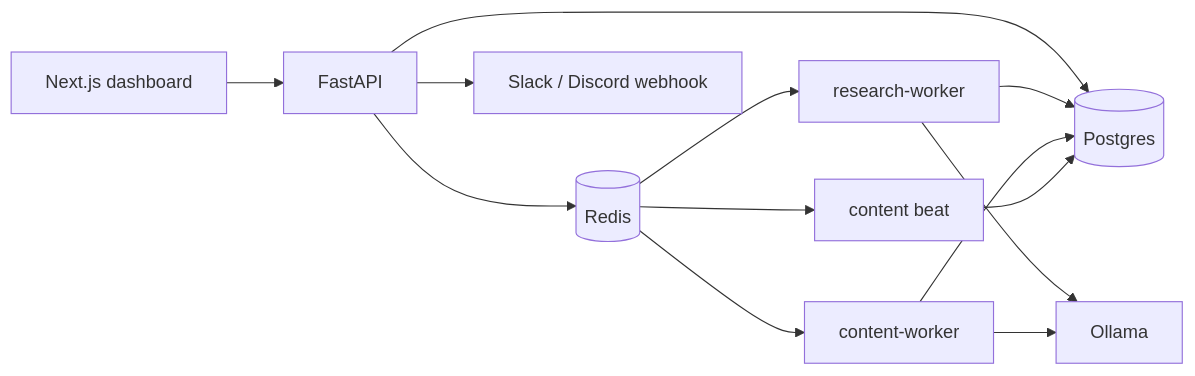
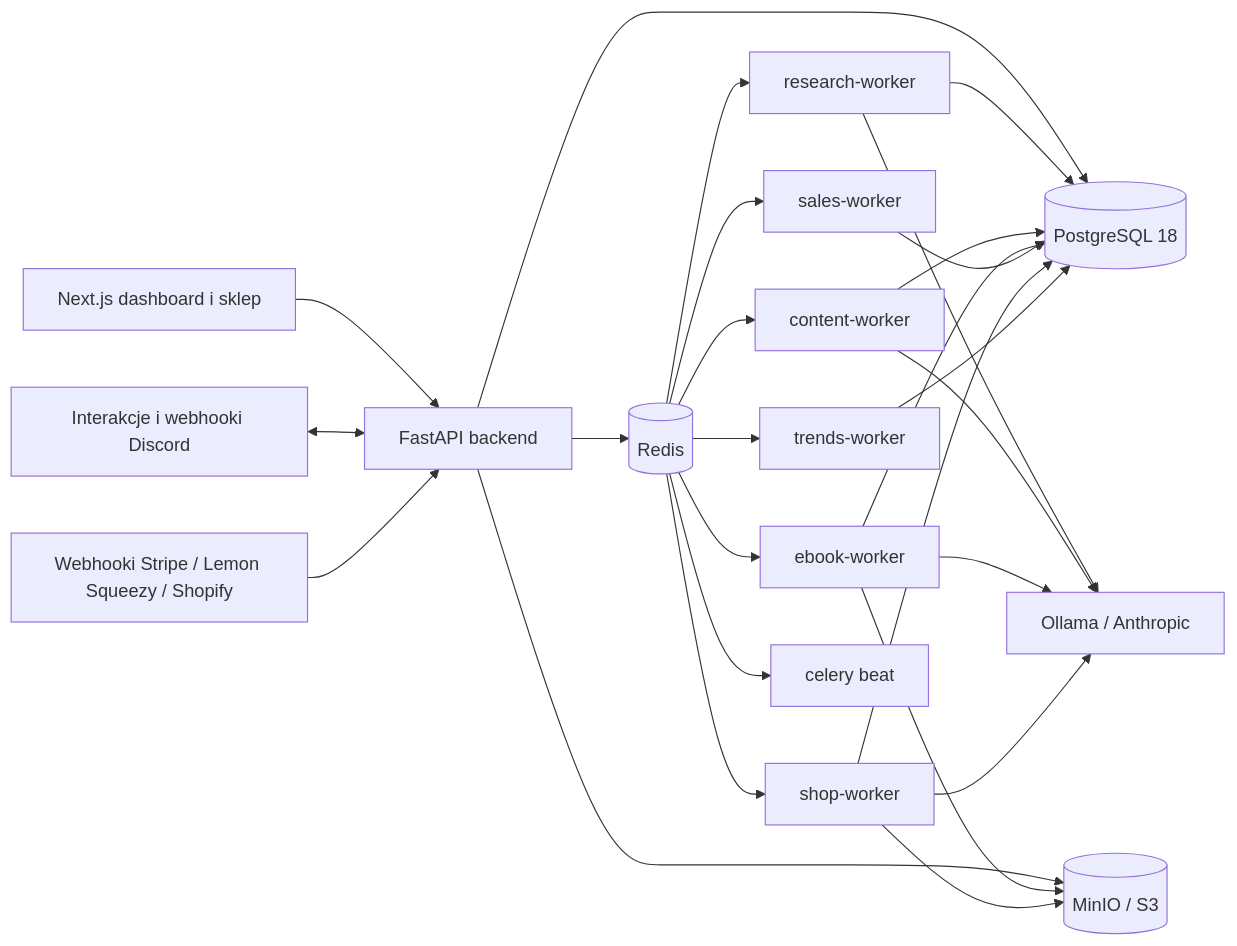
The eighth of 8 diagrams in README.md (ovezthaking/Autonomous-AI-Revenue-System), drawn with Mermaid before and after one commit. The commit also changed other lines of this file, not shown here.

Commit message:
Update readme with shopify digital store and trend discovery

````diff
--- a/README.md
+++ b/README.md
@@ -332,15 +529,32 @@
 ```mermaid
 flowchart LR
-  dash[Next.js dashboard] --> api[FastAPI]
-  api --> pg[(Postgres)]
+  dash[Next.js dashboard i sklep] --> api[FastAPI backend]
+  discord[Interakcje i webhooki Discord] <--> api
+  pay[Webhooki Stripe / Lemon Squeezy / Shopify] --> api
+  api --> pg[(PostgreSQL 18)]
   api --> redis[(Redis)]
+  api --> minio[(MinIO / S3)]
+
   redis --> research[research-worker]
   redis --> content[content-worker]
-  redis --> beat[content beat]
+  redis --> ebook[ebook-worker]
+  redis --> sales[sales-worker]
+  redis --> shop[shop-worker]
+  redis --> trends[trends-worker]
+  redis --> beat[celery beat]
+
   research --> pg
   content --> pg
-  beat --> pg
-  research --> ollama[Ollama]
-  content --> ollama
-  api --> hook[Slack / Discord webhook]
+  ebook --> pg
+  sales --> pg
+  shop --> pg
+  trends --> pg
+
+  ebook --> minio
+  shop --> minio
+
+  research --> llm[Ollama / Anthropic]
+  content --> llm
+  ebook --> llm
+  shop --> llm
 ```
````
